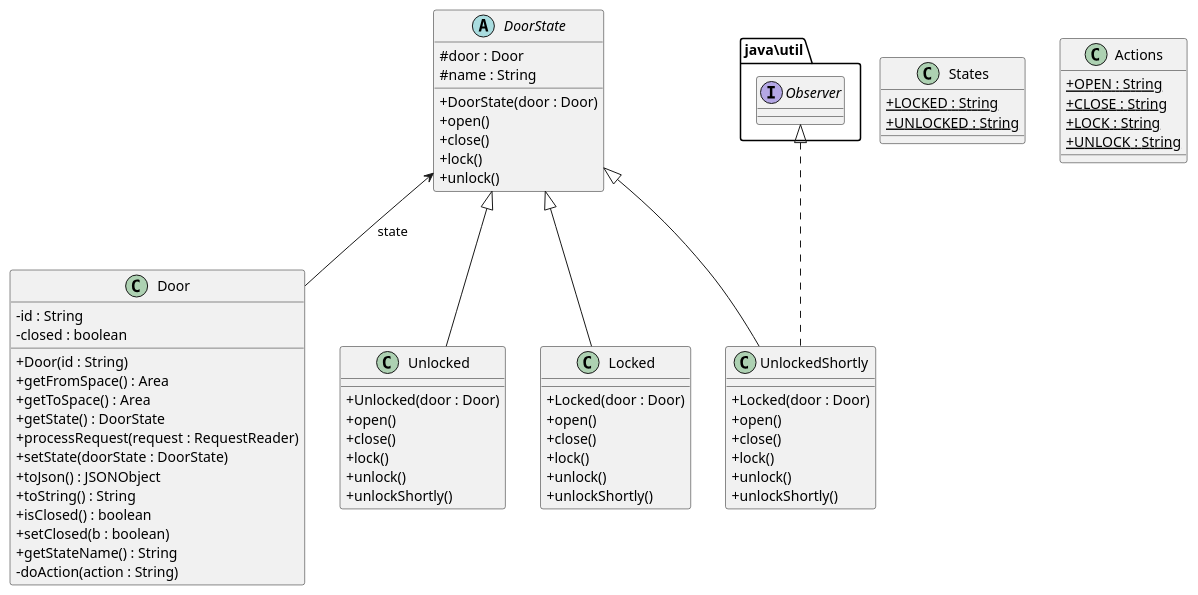
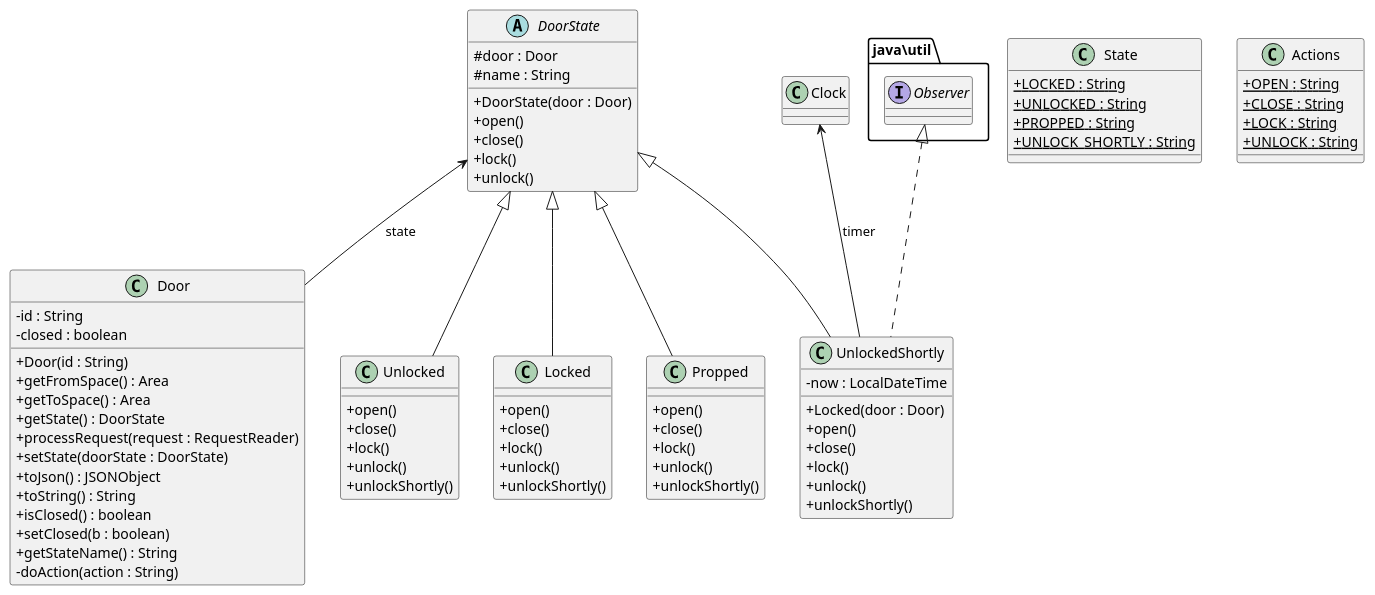
One commit to alexuab69/PracticaDS changed the diagram in src/baseNoStates/uml/doorState.puml. Above: the diagram before and after it, drawn with PlantUML. The commit also changed 1 other file, not shown here.

```diff
--- a/src/baseNoStates/uml/doorState.puml
+++ b/src/baseNoStates/uml/doorState.puml
@@ -1,77 +1,86 @@
 @startuml
 'https://plantuml.com/sequence-diagram
 skinparam classAttributeIconSize 0
 
 class Door {
     - id : String
     - closed : boolean
     + Door(id : String)
     + getFromSpace() : Area
     + getToSpace() : Area
     + getState() : DoorState
     + processRequest(request : RequestReader)
     + setState(doorState : DoorState)
     + toJson() : JSONObject
     + toString() : String
     + isClosed() : boolean
     + setClosed(b : boolean)
     + getStateName() : String
     - doAction(action : String)
 }
 
 abstract class DoorState {
     # door : Door
     # name : String
     + DoorState(door : Door)
     + open()
     + close()
     + lock()
     + unlock()
 }
 
-class States {
+class State {
     + {static} LOCKED : String
     + {static} UNLOCKED : String
+    + {static} PROPPED : String
+    + {static} UNLOCK_SHORTLY : String
 }
 
 class Actions {
     + {static} OPEN : String
     + {static} CLOSE : String
     + {static} LOCK : String
     + {static} UNLOCK : String
 }
 
 class Unlocked {
-    + Unlocked(door : Door)
     + open()
     + close()
     + lock()
     + unlock()
     + unlockShortly()
 }
 
 class Locked {
-    + Locked(door : Door)
+    + open()
+    + close()
+    + lock()
+    + unlock()
+    + unlockShortly()
+}
+
+class Propped extends DoorState {
     + open()
     + close()
     + lock()
     + unlock()
     + unlockShortly()
 }
 
 class UnlockedShortly implements java\util.Observer {
+    - now : LocalDateTime
     + Locked(door : Door)
     + open()
     + close()
     + lock()
     + unlock()
     + unlockShortly()
 }
 
 DoorState <|-- Unlocked
 DoorState <|-- UnlockedShortly
 DoorState <|-- Locked
 
 DoorState <-- Door : state
-
+Clock <-- UnlockedShortly : timer
 @enduml
```
